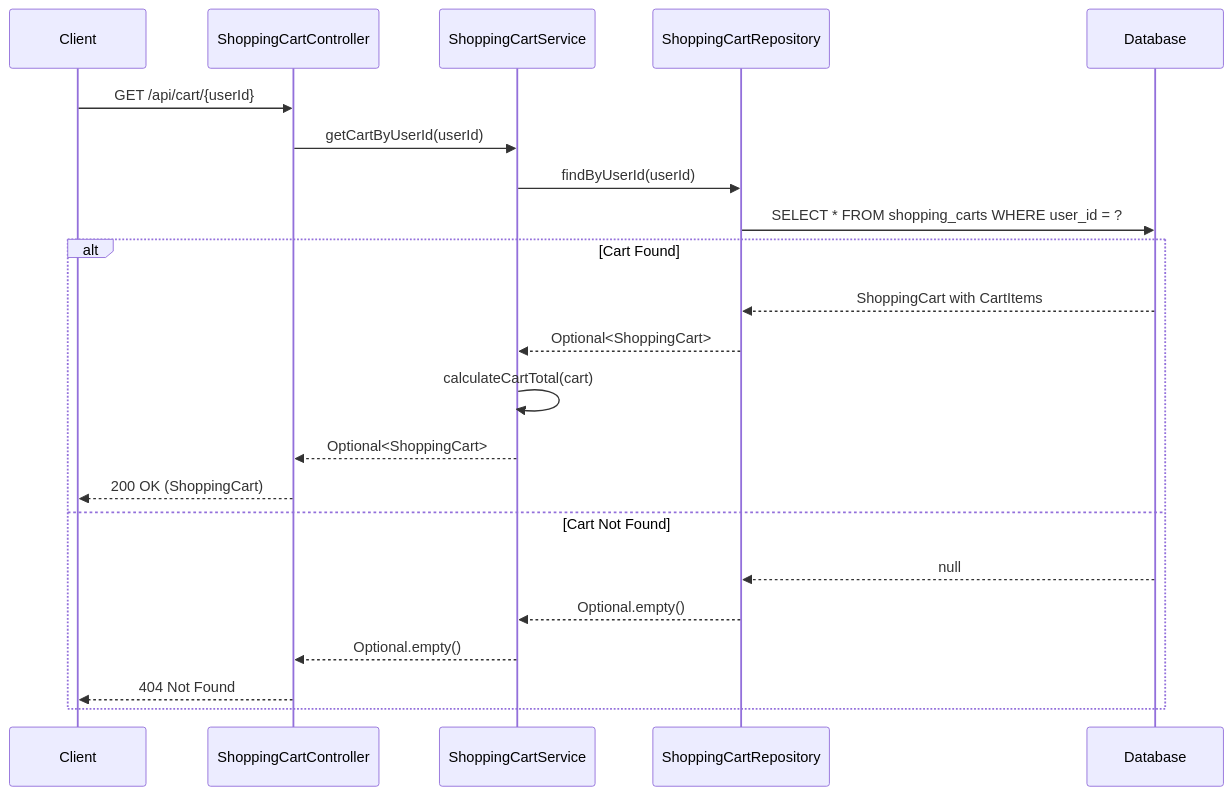
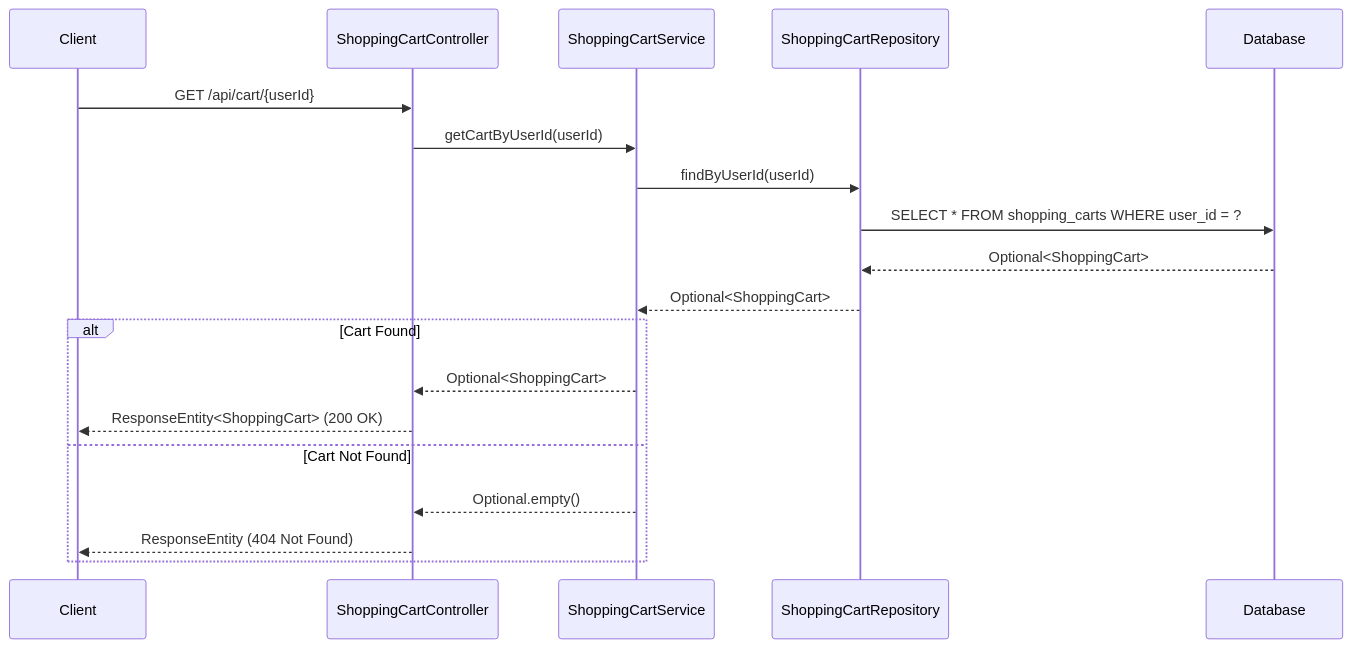
Before and after one commit to NavneetBN47/aava-ecom-demo: diagram 11 of 13 in docs/LLD/modified_lld.md, drawn with Mermaid. The commit also changed other lines of this file, not shown here.

````diff
--- a/docs/LLD/modified_lld.md
+++ b/docs/LLD/modified_lld.md
@@ -409,26 +431,23 @@
 ```mermaid
 sequenceDiagram
     participant Client
     participant ShoppingCartController
     participant ShoppingCartService
     participant ShoppingCartRepository
     participant Database
 
     Client->>ShoppingCartController: GET /api/cart/{userId}
     ShoppingCartController->>ShoppingCartService: getCartByUserId(userId)
     ShoppingCartService->>ShoppingCartRepository: findByUserId(userId)
     ShoppingCartRepository->>Database: SELECT * FROM shopping_carts WHERE user_id = ?
+    Database-->>ShoppingCartRepository: Optional<ShoppingCart>
+    ShoppingCartRepository-->>ShoppingCartService: Optional<ShoppingCart>
     
     alt Cart Found
-        Database-->>ShoppingCartRepository: ShoppingCart with CartItems
-        ShoppingCartRepository-->>ShoppingCartService: Optional<ShoppingCart>
-        ShoppingCartService->>ShoppingCartService: calculateCartTotal(cart)
         ShoppingCartService-->>ShoppingCartController: Optional<ShoppingCart>
-        ShoppingCartController-->>Client: 200 OK (ShoppingCart)
+        ShoppingCartController-->>Client: ResponseEntity<ShoppingCart> (200 OK)
     else Cart Not Found
-        Database-->>ShoppingCartRepository: null
-        ShoppingCartRepository-->>ShoppingCartService: Optional.empty()
         ShoppingCartService-->>ShoppingCartController: Optional.empty()
-        ShoppingCartController-->>Client: 404 Not Found
+        ShoppingCartController-->>Client: ResponseEntity (404 Not Found)
     end
 ```
````
